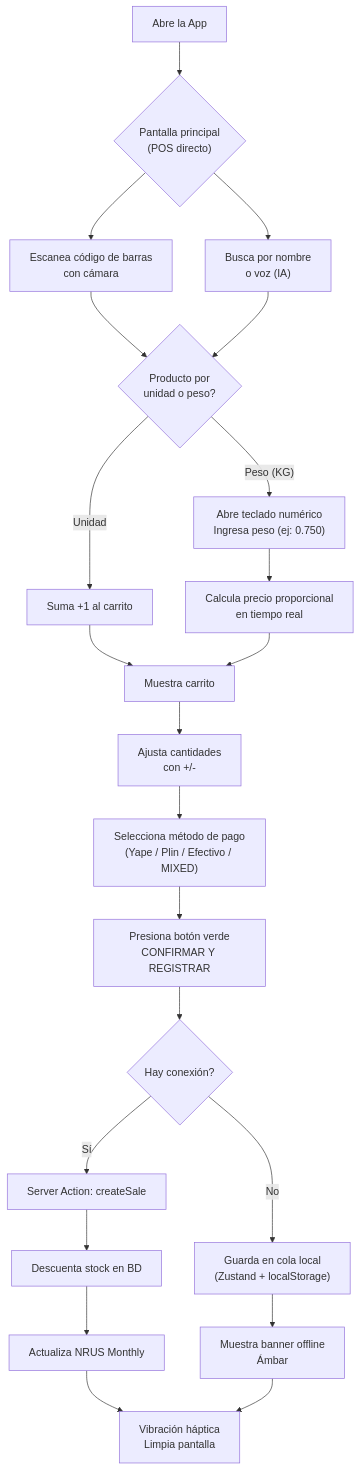
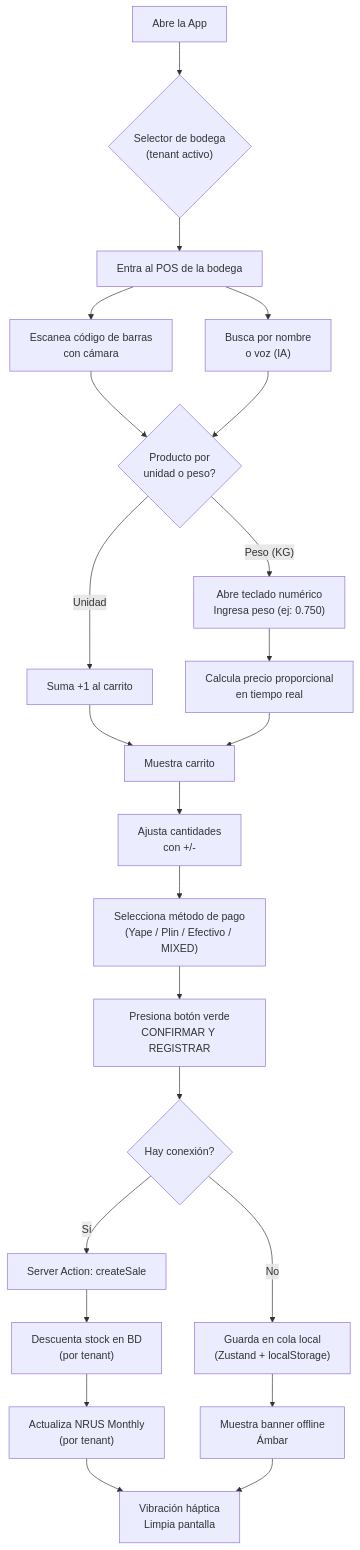
One commit to pcrisho/caja-rus changed the first of 6 diagrams in docs/05-flows.md. Above: the diagram before and after it, drawn with Mermaid. The commit also changed other lines of this file and 30 other files, not shown here.

First line of the commit message:
feat: implementar arquitectura multitenant con Tenant, TenantMember y SaleReturn

````diff
--- a/docs/05-flows.md
+++ b/docs/05-flows.md
@@ -5,31 +5,32 @@
 ```mermaid
 flowchart TD
-    A["Abre la App"] --> B{"Pantalla principal<br/>(POS directo)"}
-    B --> C["Escanea código de barras<br/>con cámara"]
-    B --> D["Busca por nombre<br/>o voz (IA)"]
+    A["Abre la App"] --> B{"Selector de bodega<br/>(tenant activo)"}
+    B --> C["Entra al POS de la bodega"]
+    C --> D["Escanea código de barras<br/>con cámara"]
+    C --> E["Busca por nombre<br/>o voz (IA)"]
 
-    C --> E{"Producto por<br/>unidad o peso?"}
-    D --> E
+    D --> F{"Producto por<br/>unidad o peso?"}
+    E --> F
 
-    E -->|"Unidad"| F["Suma +1 al carrito"]
-    E -->|"Peso (KG)"| G["Abre teclado numérico<br/>Ingresa peso (ej: 0.750)"]
-    G --> H["Calcula precio proporcional<br/>en tiempo real"]
+    F -->|"Unidad"| G["Suma +1 al carrito"]
+    F -->|"Peso (KG)"| H["Abre teclado numérico<br/>Ingresa peso (ej: 0.750)"]
+    H --> I["Calcula precio proporcional<br/>en tiempo real"]
 
-    F --> I["Muestra carrito"]
-    H --> I
+    G --> J["Muestra carrito"]
+    I --> J
 
-    I --> J["Ajusta cantidades<br/>con +/-"]
-    J --> K["Selecciona método de pago<br/>(Yape / Plin / Efectivo / MIXED)"]
-    K --> L["Presiona botón verde<br/>CONFIRMAR Y REGISTRAR"]
+    J --> K["Ajusta cantidades<br/>con +/-"]
+    K --> L["Selecciona método de pago<br/>(Yape / Plin / Efectivo / MIXED)"]
+    L --> M["Presiona botón verde<br/>CONFIRMAR Y REGISTRAR"]
 
-    L --> M{"Hay conexión?"}
+    M --> N{"Hay conexión?"}
 
-    M -->|"Sí"| N["Server Action: createSale"]
-    N --> O["Descuenta stock en BD"]
-    O --> P["Actualiza NRUS Monthly"]
-    P --> Q["Vibración háptica<br/>Limpia pantalla"]
+    N -->|"Sí"| O["Server Action: createSale"]
+    O --> P["Descuenta stock en BD<br/>(por tenant)"]
+    P --> Q["Actualiza NRUS Monthly<br/>(por tenant)"]
+    Q --> R["Vibración háptica<br/>Limpia pantalla"]
 
-    M -->|"No"| R["Guarda en cola local<br/>(Zustand + localStorage)"]
-    R --> S["Muestra banner offline<br/>Ámbar"]
-    S --> Q
+    N -->|"No"| S["Guarda en cola local<br/>(Zustand + localStorage)"]
+    S --> T["Muestra banner offline<br/>Ámbar"]
+    T --> R
 ```
````
